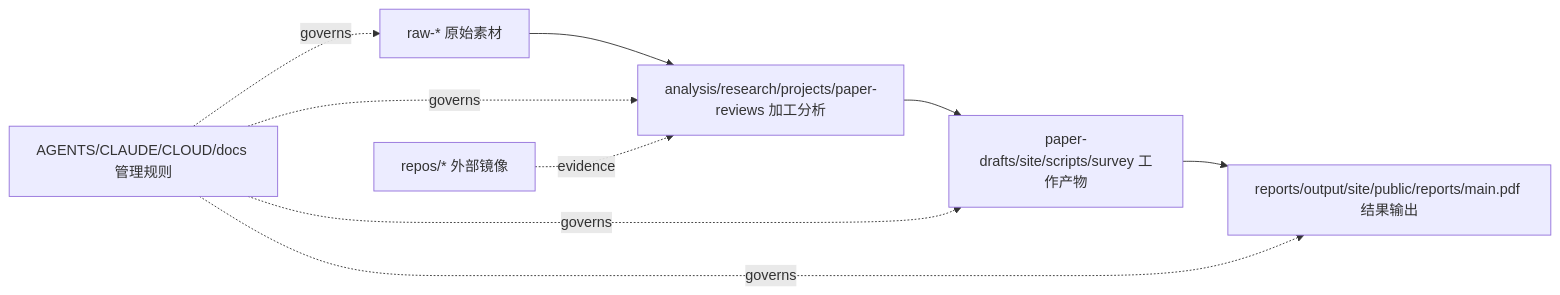
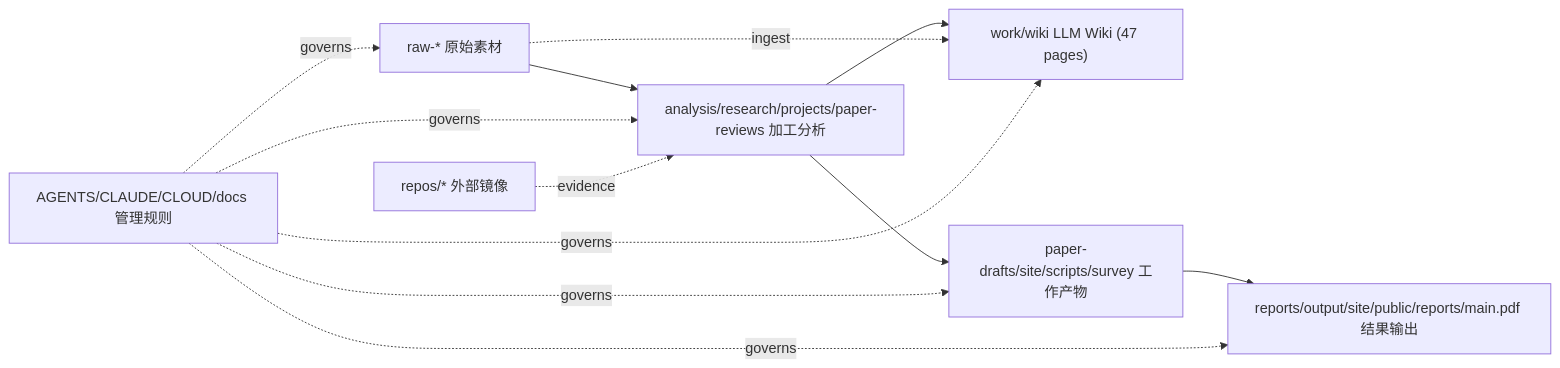
One commit to Shiyao-Huang/awesome-agent-evolution changed the diagram in docs/indexes/master-index.md. Above: the diagram before and after it, drawn with Mermaid. The commit also changed 5 other files, not shown here.

````diff
--- a/docs/indexes/master-index.md
+++ b/docs/indexes/master-index.md
@@ -36,11 +36,14 @@
 ```mermaid
 flowchart LR
   RAW["raw-* 原始素材"] --> PROCESSED["analysis/research/projects/paper-reviews 加工分析"]
+  PROCESSED --> WIKI["work/wiki LLM Wiki (47 pages)"]
+  RAW -. ingest .-> WIKI
   PROCESSED --> WORK["paper-drafts/site/scripts/survey 工作产物"]
   WORK --> RESULTS["reports/output/site/public/reports/main.pdf 结果输出"]
   OPS["AGENTS/CLAUDE/CLOUD/docs 管理规则"] -. governs .-> RAW
   OPS -. governs .-> PROCESSED
+  OPS -. governs .-> WIKI
   OPS -. governs .-> WORK
   OPS -. governs .-> RESULTS
   MIRRORS["repos/* 外部镜像"] -. evidence .-> PROCESSED
 ```
````
